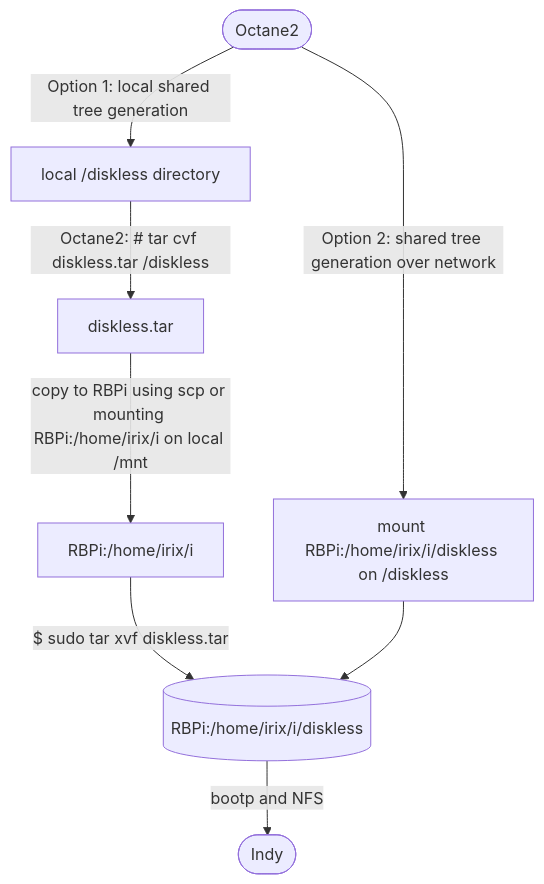
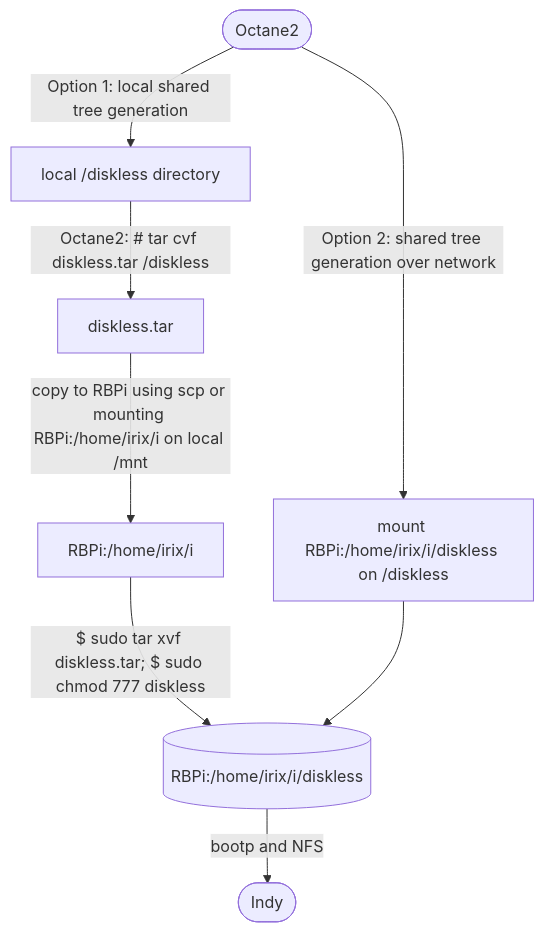
Before and after one commit to Linux-RISC/IRIX-diskless-workstation: the first of 3 diagrams in README.md, drawn with Mermaid. The commit also changed other lines of this file, not shown here.

````diff
--- a/README.md
+++ b/README.md
@@ -28,7 +28,7 @@
 ```mermaid
 graph TD;
     Octane2([Octane2])--Option 1: local shared tree generation-->local_diskless[local /diskless directory]--Octane2: # tar cvf diskless.tar /diskless-->diskless.tar;
-    diskless.tar--copy to RBPi using scp or mounting RBPi:/home/irix/i on local /mnt-->RBPi:/home/irix/i--$ sudo tar xvf diskless.tar-->RBPi[(RBPi:/home/irix/i/diskless)];
+    diskless.tar--copy to RBPi using scp or mounting RBPi:/home/irix/i on local /mnt-->RBPi:/home/irix/i--"$ sudo tar xvf diskless.tar; $ sudo chmod 777 diskless"-->RBPi[(RBPi:/home/irix/i/diskless)];
    Octane2([Octane2])--Option 2: shared tree generation over network-->mount_RBPi[mount RBPi:/home/irix/i/diskless on /diskless]-->RBPi[(RBPi:/home/irix/i/diskless)];
    RBPi[(RBPi:/home/irix/i/diskless)]--bootp and NFS-->Indy([Indy]);
 ```
````
